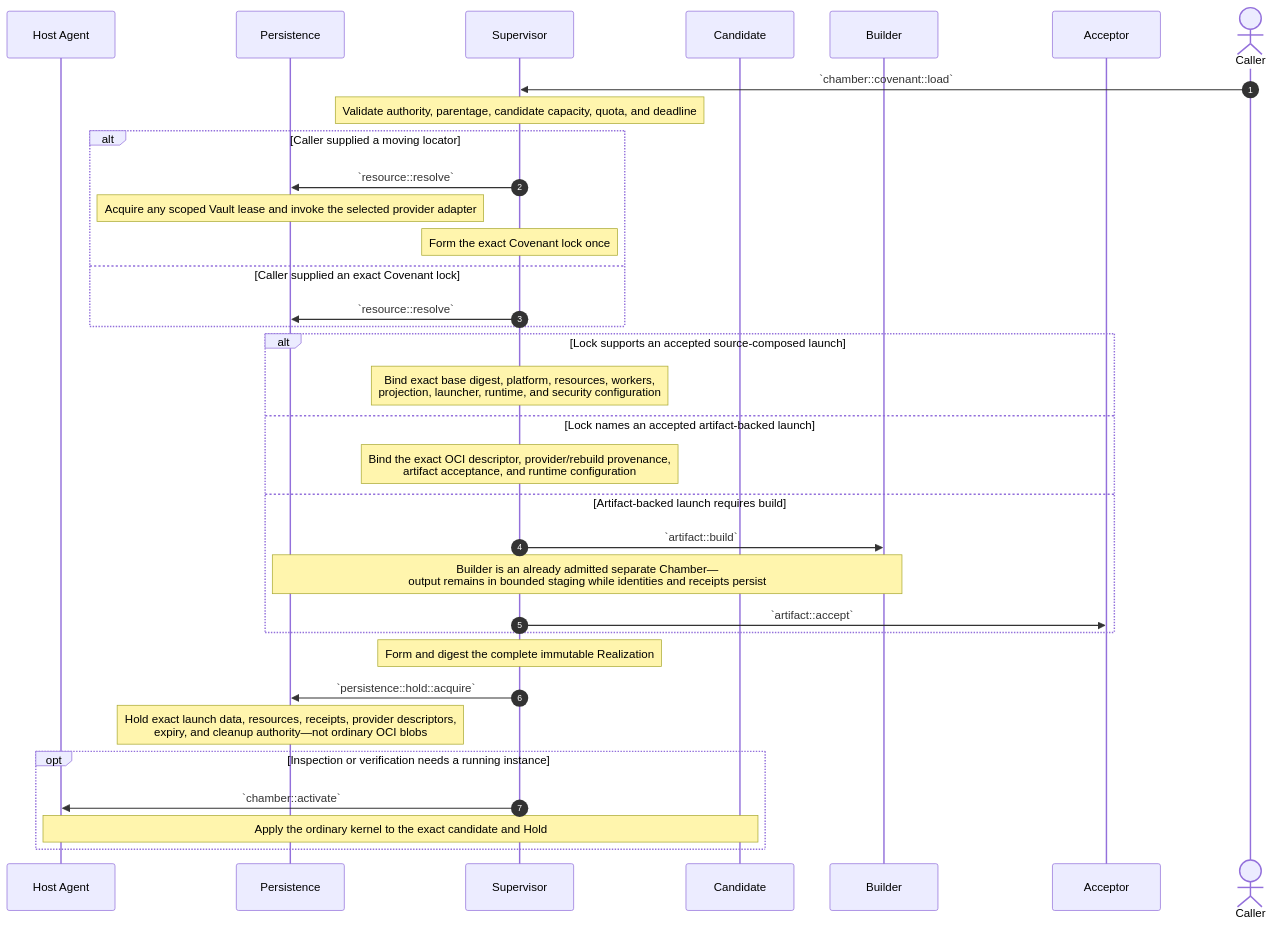
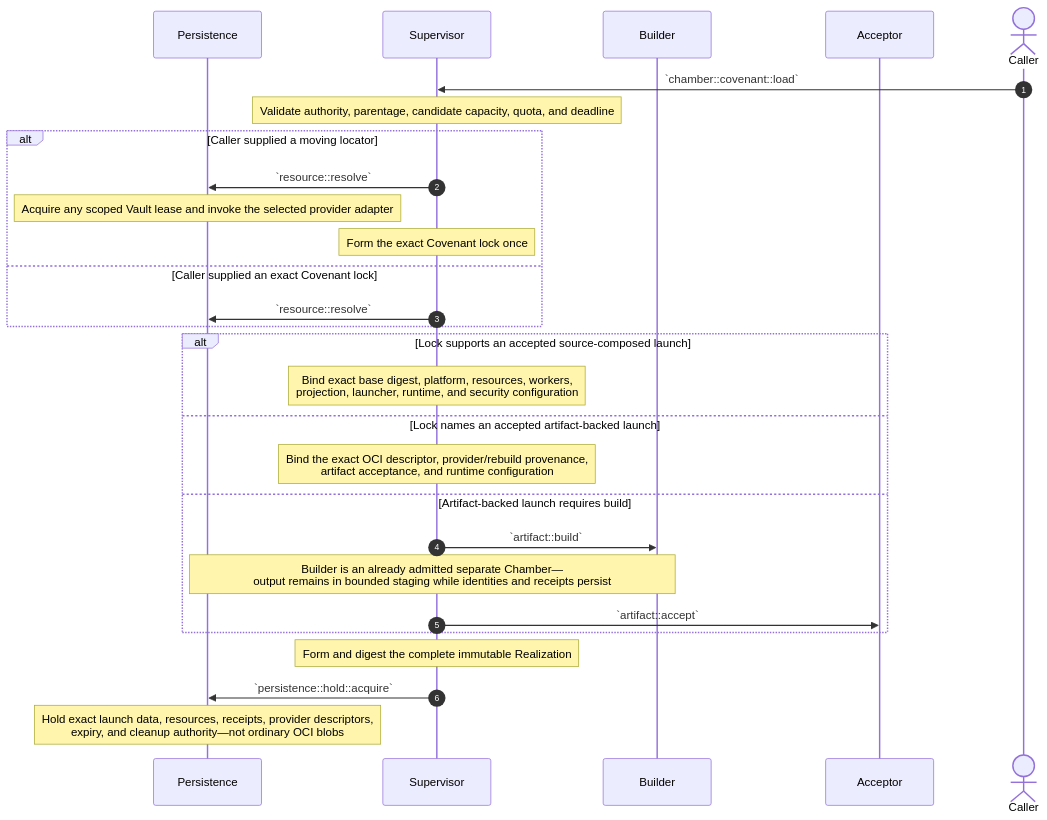
The ninth of 16 diagrams in source/chambers-lifecycle-sequences.md (dreamcatcher-tech/chambers-lifecycle-explorer), drawn with Mermaid before and after one commit. The commit also changed other lines of this file and 5 other files, not shown here.

````diff
--- a/source/chambers-lifecycle-sequences.md
+++ b/source/chambers-lifecycle-sequences.md
@@ -1101,40 +1173,33 @@
 ```mermaid
 sequenceDiagram
     autonumber
-    participant HostAgent as Host Agent
     participant Persistence
     participant Supervisor
-    participant Candidate
     participant Builder
     participant Acceptor
     actor Caller
 
     Caller->>Supervisor: `chamber::covenant::load`
     Note over Supervisor: Validate authority, parentage, candidate capacity, quota, and deadline
     alt Caller supplied a moving locator
         Supervisor->>Persistence: `resource::resolve`
         Note over Persistence: Acquire any scoped Vault lease and invoke the selected provider adapter
         Note over Supervisor: Form the exact Covenant lock once
     else Caller supplied an exact Covenant lock
         Supervisor->>Persistence: `resource::resolve`
     end
 
     alt Lock supports an accepted source-composed launch
         Note over Supervisor: Bind exact base digest, platform, resources, workers,<br/>projection, launcher, runtime, and security configuration
     else Lock names an accepted artifact-backed launch
         Note over Supervisor: Bind the exact OCI descriptor, provider/rebuild provenance,<br/>artifact acceptance, and runtime configuration
     else Artifact-backed launch requires build
         Supervisor->>Builder: `artifact::build`
         Note over Builder,Persistence: Builder is an already admitted separate Chamber—<br/>output remains in bounded staging while identities and receipts persist
         Supervisor->>Acceptor: `artifact::accept`
     end
 
     Note over Supervisor: Form and digest the complete immutable Realization
     Supervisor->>Persistence: `persistence::hold::acquire`
     Note over Persistence: Hold exact launch data, resources, receipts, provider descriptors,<br/>expiry, and cleanup authority—not ordinary OCI blobs
-
-    opt Inspection or verification needs a running instance
-        Supervisor->>HostAgent: `chamber::activate`
-        Note over HostAgent,Candidate: Apply the ordinary kernel to the exact candidate and Hold
-    end
 ```
````
